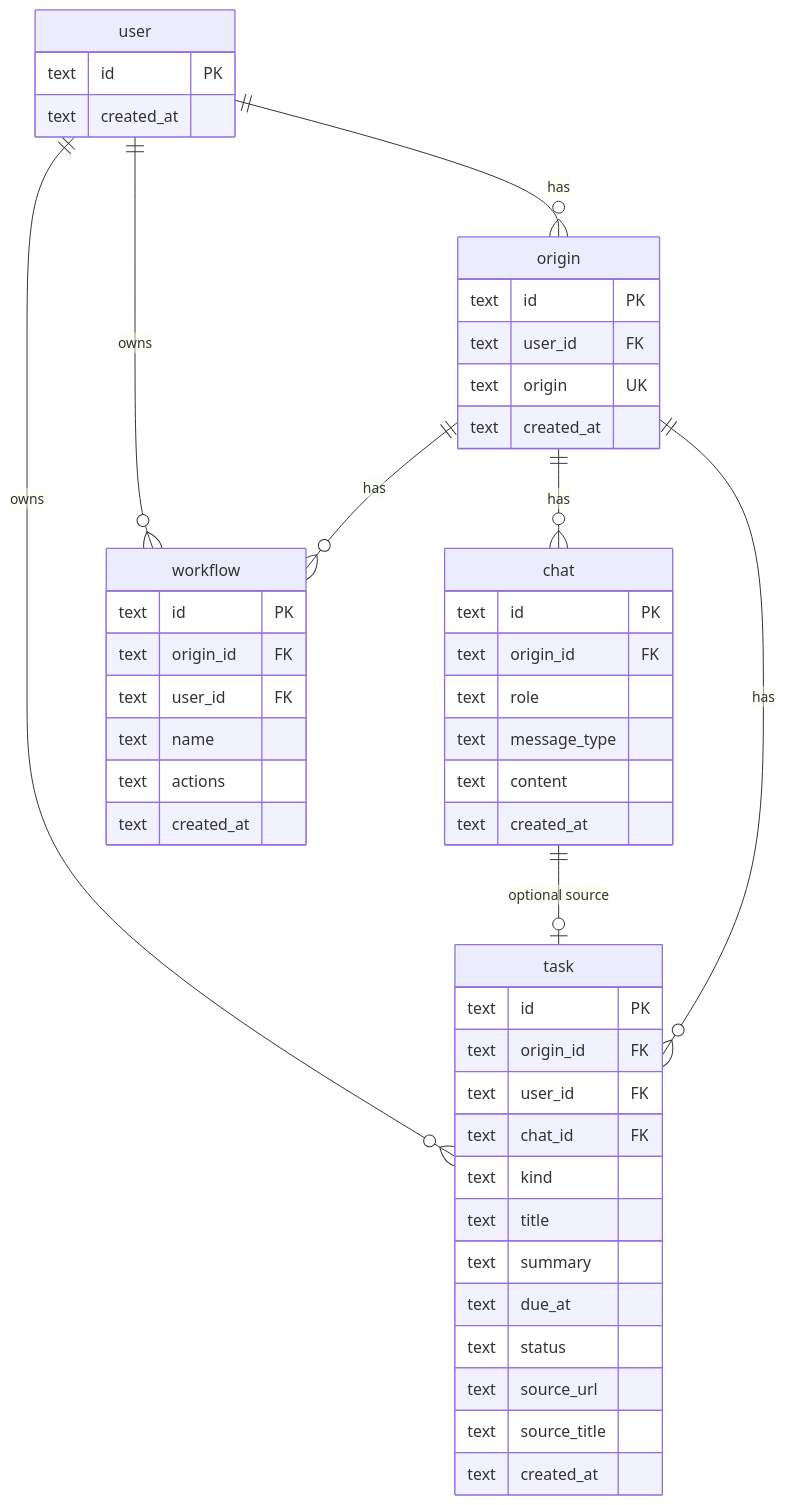
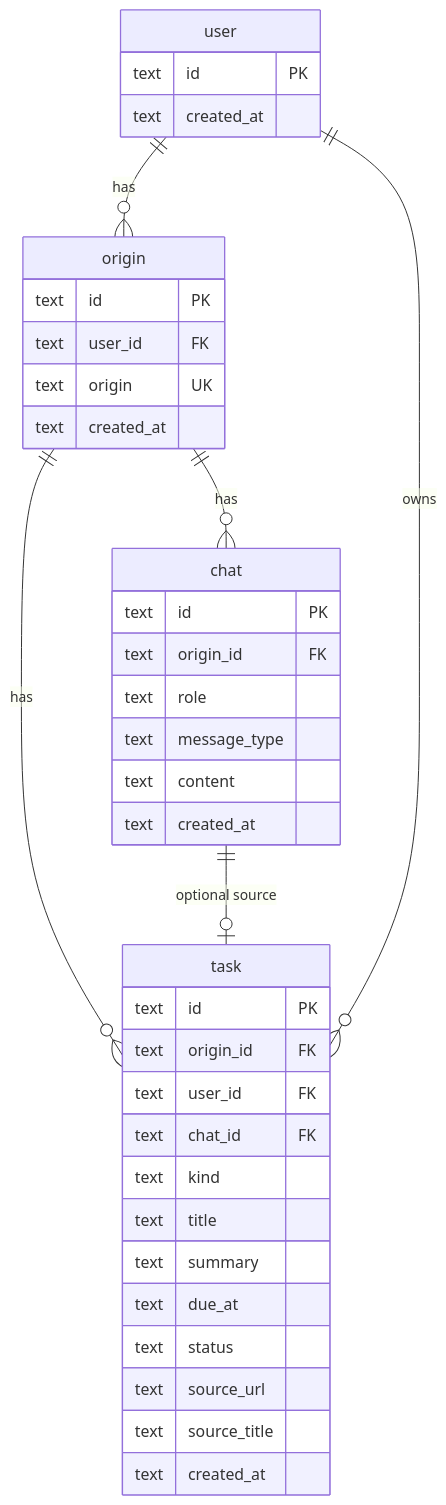
Before and after one commit to arungovil/ezer: the diagram in server/src/db/README.md, drawn with Mermaid. The commit also changed other lines of this file and 64 other files, not shown here.

````diff
--- a/server/src/db/README.md
+++ b/server/src/db/README.md
@@ -32,55 +31,44 @@
 ```mermaid
 erDiagram
   user ||--o{ origin : "has"
   origin ||--o{ chat : "has"
   origin ||--o{ task : "has"
-  origin ||--o{ workflow : "has"
   chat ||--o| task : "optional source"
   user ||--o{ task : "owns"
-  user ||--o{ workflow : "owns"
 
   user {
     text id PK
     text created_at
   }
 
   origin {
     text id PK
     text user_id FK
     text origin UK
     text created_at
   }
 
   chat {
     text id PK
     text origin_id FK
     text role
     text message_type
     text content
     text created_at
   }
 
   task {
     text id PK
     text origin_id FK
     text user_id FK
     text chat_id FK
     text kind
     text title
     text summary
     text due_at
     text status
     text source_url
     text source_title
     text created_at
   }
-
-  workflow {
-    text id PK
-    text origin_id FK
-    text user_id FK
-    text name
-    text actions
-    text created_at
-  }
 ```
````
